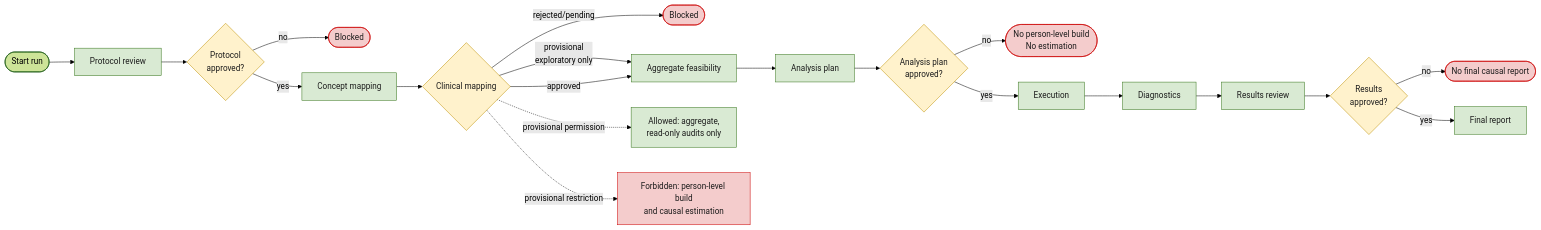
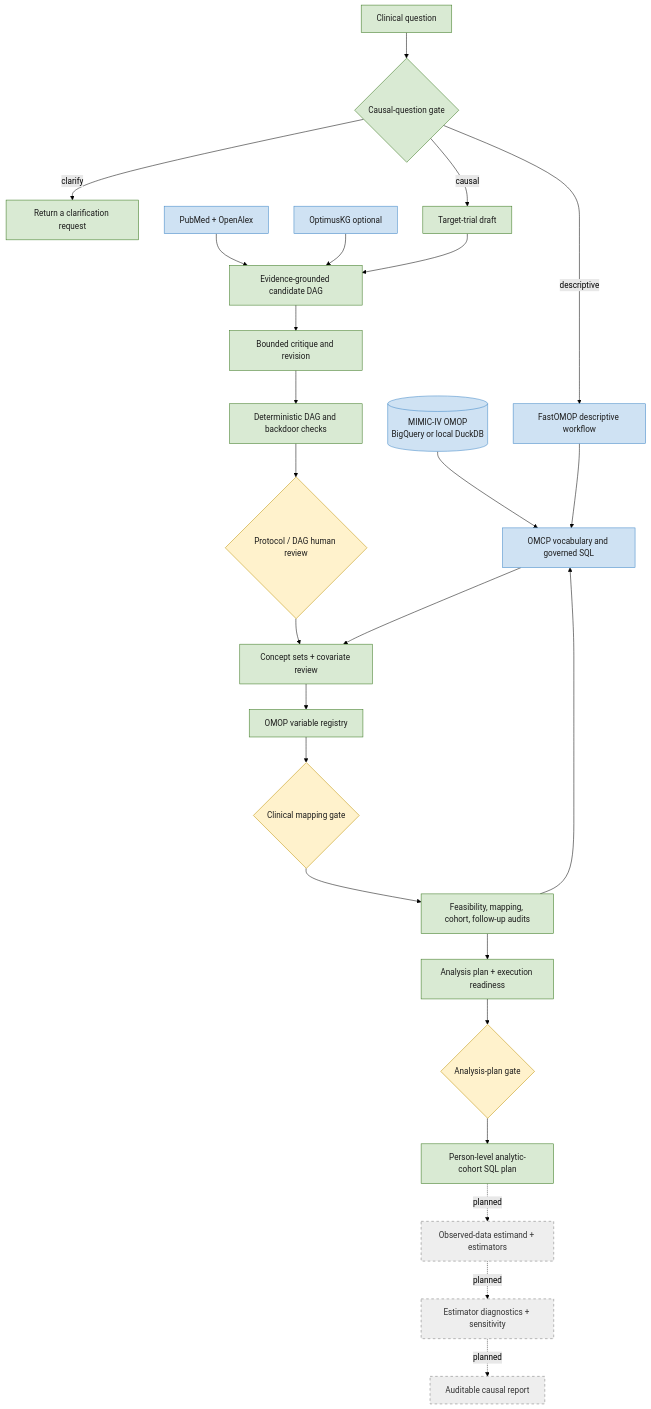
One commit to ji-ch01/CausalOMOP changed the first of 3 diagrams in docs/project_architecture_diagrams.md. Above: the diagram before and after it, drawn with Mermaid (forest theme). The commit also changed other lines of this file and 20 other files, not shown here.

````diff
--- a/docs/project_architecture_diagrams.md
+++ b/docs/project_architecture_diagrams.md
@@ -262,30 +9,40 @@
 ```mermaid
-flowchart LR
-    START([Start run]) --> PR[Protocol review]
-    PR --> PG{"Protocol<br/>approved?"}
-    PG -- no --> STOP1([Blocked])
-    PG -- yes --> CM[Concept mapping]
-    CM --> CG{"Clinical mapping"}
-    CG -- rejected/pending --> STOP2([Blocked])
-    CG -- provisional<br/>exploratory only --> F[Aggregate feasibility]
-    CG -- approved --> F
-    F --> AP[Analysis plan]
-    AP --> AG{"Analysis plan<br/>approved?"}
-    AG -- no --> STOP3([No person-level build<br/>No estimation])
-    AG -- yes --> E[Execution]
-    E --> D[Diagnostics]
-    D --> RR[Results review]
-    RR --> RG{"Results<br/>approved?"}
-    RG -- no --> STOP4([No final causal report])
-    RG -- yes --> R[Final report]
+flowchart TB
+    Q[Clinical question] --> QG{Causal-question gate}
+    QG -->|descriptive| FAST[FastOMOP descriptive workflow]
+    QG -->|clarify| USER[Return a clarification request]
+    QG -->|causal| DRAFT[Target-trial draft]
 
-    CG -. provisional permission .-> ONLY["Allowed: aggregate,<br/>read-only audits only"]
-    CG -. provisional restriction .-> NEVER["Forbidden: person-level build<br/>and causal estimation"]
+    LIT[PubMed + OpenAlex] --> DAG[Evidence-grounded candidate DAG]
+    KG[OptimusKG optional] --> DAG
+    DRAFT --> DAG
+    DAG --> CRIT[Bounded critique and revision]
+    CRIT --> ID[Deterministic DAG and backdoor checks]
+    ID --> PG{Protocol / DAG human review}
 
+    PG --> MAP[Concept sets + covariate review]
+    OMCP[OMCP vocabulary and governed SQL] --> MAP
+    MAP --> REG[OMOP variable registry]
+    REG --> MG{Clinical mapping gate}
+    MG --> FEAS[Feasibility, mapping, cohort, follow-up audits]
+    FEAS --> PLAN[Analysis plan + execution readiness]
+    PLAN --> APG{Analysis-plan gate}
+    APG --> SQL[Person-level analytic-cohort SQL plan]
+
+    SQL -. planned .-> EST[Observed-data estimand + estimators]
+    EST -. planned .-> DIAG[Estimator diagnostics + sensitivity]
+    DIAG -. planned .-> REPORT[Auditable causal report]
+
+    MIMIC[(MIMIC-IV OMOP\nBigQuery or local DuckDB)] --> OMCP
+    FAST --> OMCP
+    FEAS --> OMCP
+
+    classDef done fill:#d9ead3,stroke:#38761d,color:#1b1b1b;
     classDef gate fill:#fff2cc,stroke:#bf9000,color:#1b1b1b;
-    classDef blocked fill:#f4cccc,stroke:#cc0000,color:#1b1b1b;
-    classDef phase fill:#d9ead3,stroke:#38761d,color:#1b1b1b;
-    class PG,CG,AG,RG gate;
-    class STOP1,STOP2,STOP3,STOP4,NEVER blocked;
-    class PR,CM,F,AP,E,D,RR,R,ONLY phase;
+    classDef external fill:#cfe2f3,stroke:#3d85c6,color:#1b1b1b;
+    classDef planned fill:#eeeeee,stroke:#777,color:#333,stroke-dasharray:5 5;
+    class Q,QG,USER,DRAFT,DAG,CRIT,ID,MAP,REG,FEAS,PLAN,SQL done;
+    class PG,MG,APG gate;
+    class FAST,LIT,KG,OMCP,MIMIC external;
+    class EST,DIAG,REPORT planned;
 ```
````
